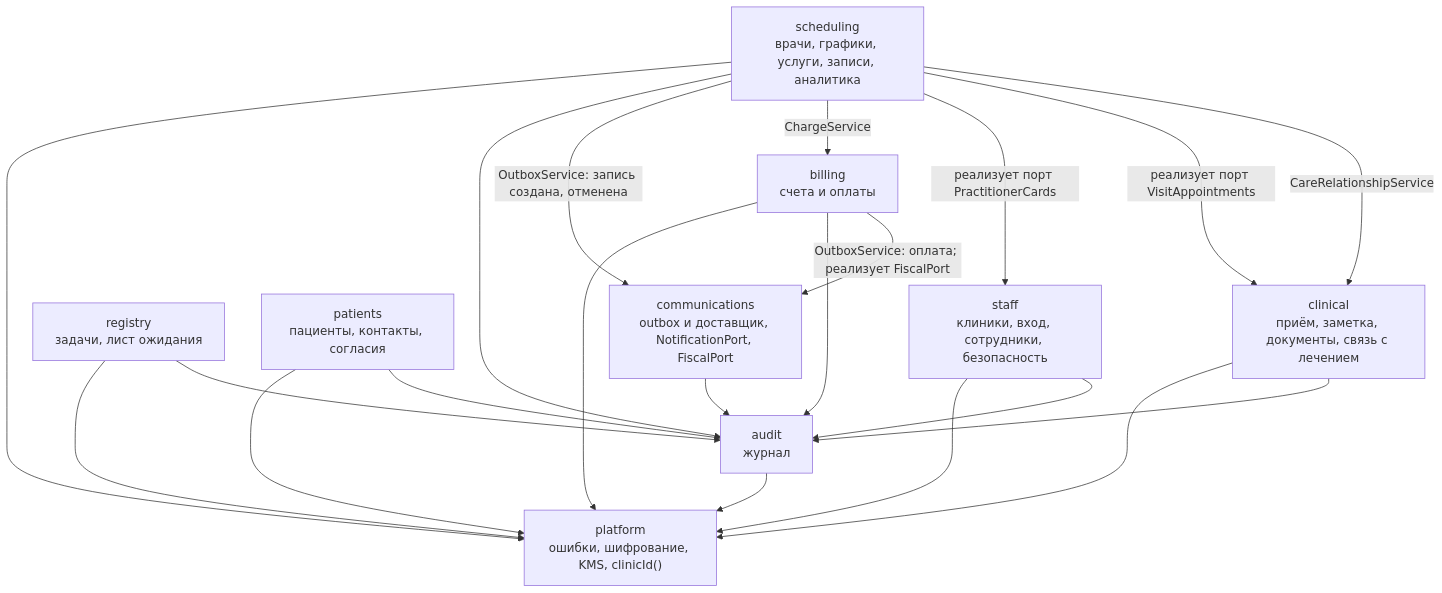
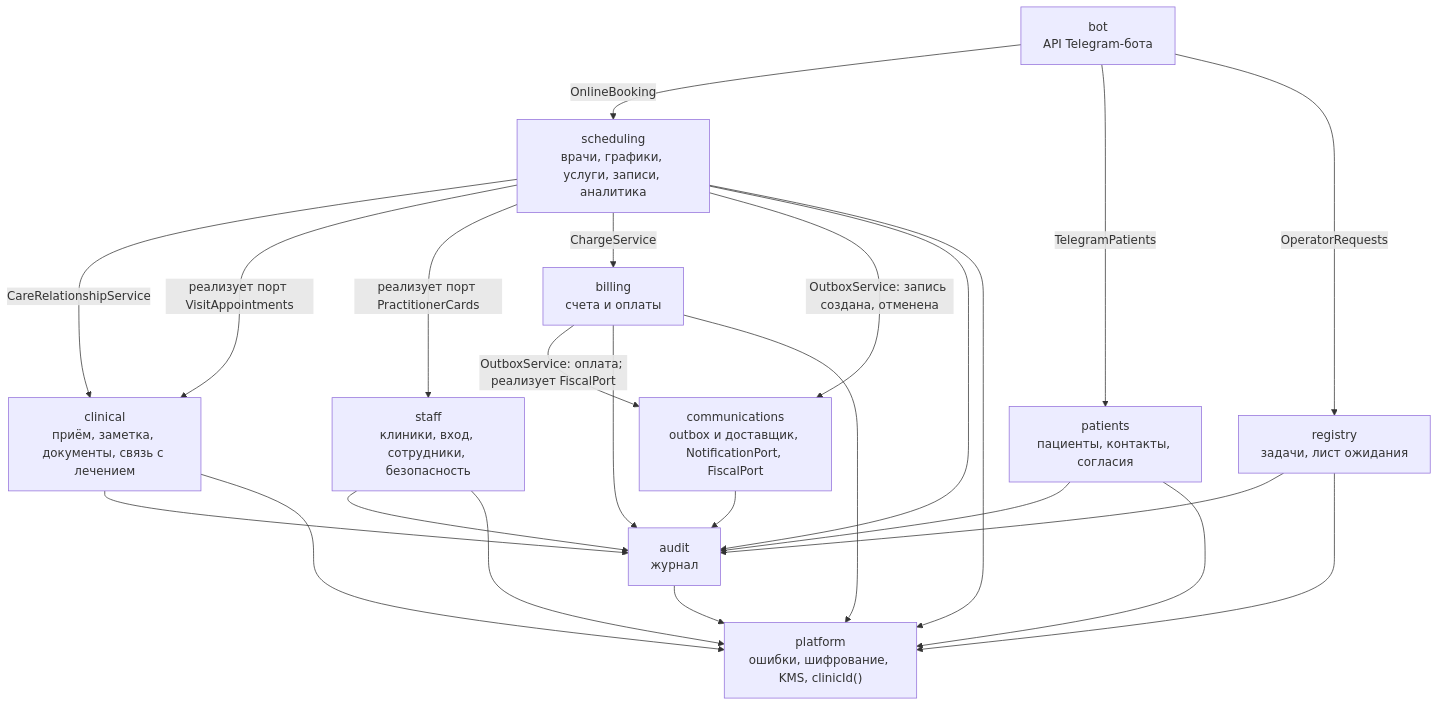
One commit to IlyaSimis/AlphaCRM changed the second of 5 diagrams in docs/architecture.md. Above: the diagram before and after it, drawn with Mermaid. The commit also changed other lines of this file and 45 other files, not shown here.

Commit message:
preparing for telegram-bot

````diff
--- a/docs/architecture.md
+++ b/docs/architecture.md
@@ -65,22 +65,26 @@
 ```mermaid
 flowchart TB
     scheduling["scheduling<br/>врачи, графики, услуги, записи, аналитика"]
     clinical["clinical<br/>приём, заметка, документы, связь с лечением"]
     billing["billing<br/>счета и оплаты"]
     registry["registry<br/>задачи, лист ожидания"]
     patients["patients<br/>пациенты, контакты, согласия"]
     staff["staff<br/>клиники, вход, сотрудники, безопасность"]
     communications["communications<br/>outbox и доставщик, NotificationPort, FiscalPort"]
     audit["audit<br/>журнал"]
     platform["platform<br/>ошибки, шифрование, KMS, clinicId()"]
 
     scheduling -->|"CareRelationshipService"| clinical
     scheduling -->|"реализует порт VisitAppointments"| clinical
     scheduling -->|"реализует порт PractitionerCards"| staff
     scheduling -->|"ChargeService"| billing
     scheduling -->|"OutboxService: запись создана, отменена"| communications
     billing -->|"OutboxService: оплата; реализует FiscalPort"| communications
     communications --> audit
+    bot["bot<br/>API Telegram-бота"]
+    bot -->|"OnlineBooking"| scheduling
+    bot -->|"TelegramPatients"| patients
+    bot -->|"OperatorRequests"| registry
     scheduling & clinical & billing & registry & patients & staff --> audit
     scheduling & clinical & billing & registry & patients & staff & audit --> platform
 ```
````
